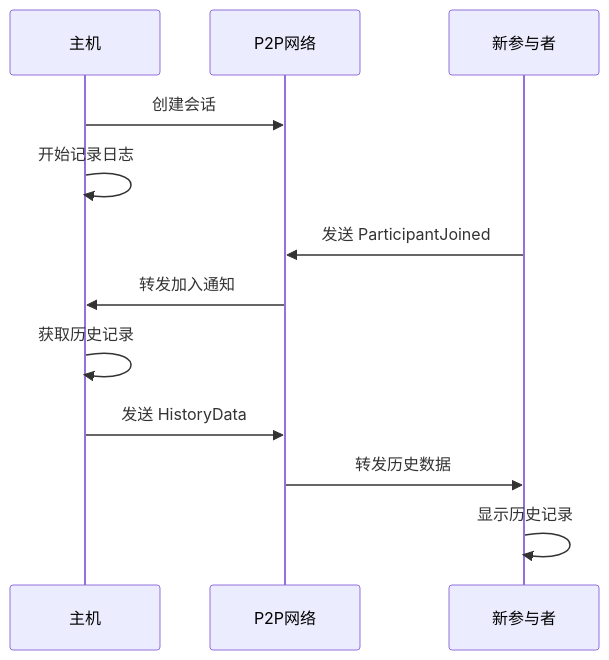
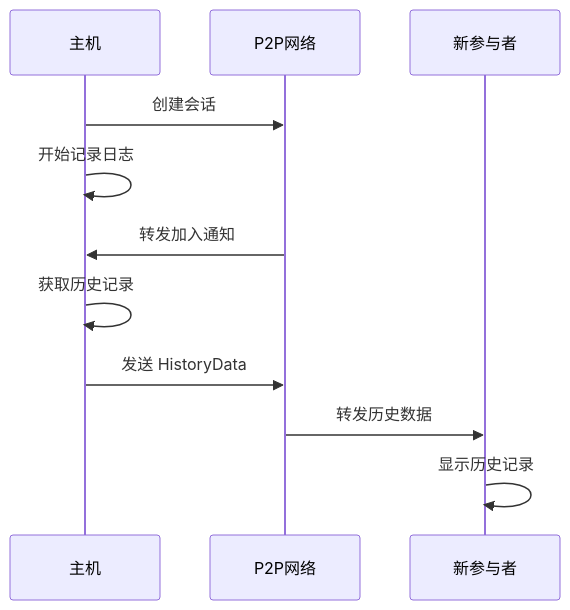
The diagram in README.md (sternelee/ClawdPilot), drawn with Mermaid before and after one commit. The commit also changed other lines of this file and 8 other files, not shown here.

````diff
--- a/README.md
+++ b/README.md
@@ -199,15 +209,14 @@
 ```mermaid
 sequenceDiagram
     participant Host as 主机
     participant Network as P2P网络
     participant Client as 新参与者
 
     Host->>Network: 创建会话
     Host->>Host: 开始记录日志
-    Client->>Network: 发送 ParticipantJoined
     Network->>Host: 转发加入通知
     Host->>Host: 获取历史记录
     Host->>Network: 发送 HistoryData
     Network->>Client: 转发历史数据
     Client->>Client: 显示历史记录
 ```
````
